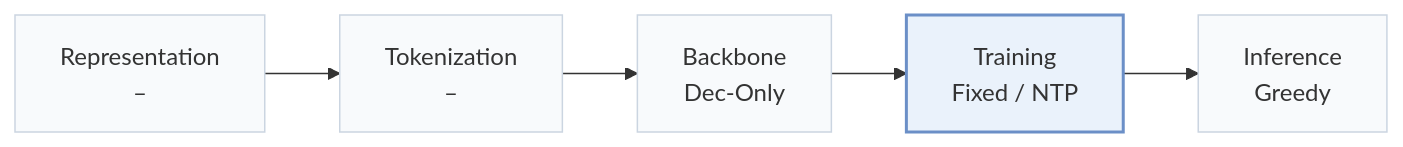
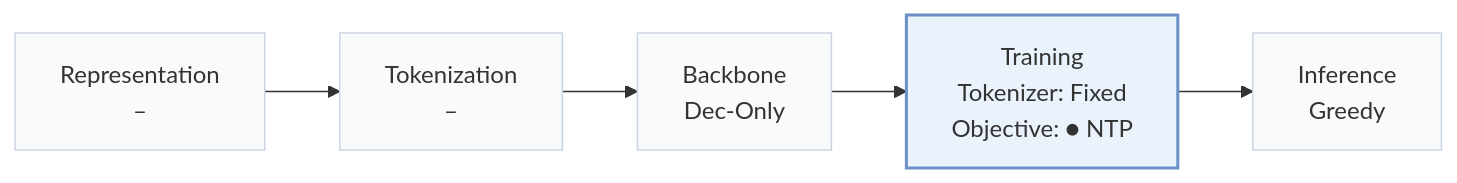
Before and after one commit to Galaxy-ghost/Awesome-SID-Generative-Rec: the first of 2 diagrams in pages/papers/slide.md, drawn with Mermaid. The commit also changed other lines of this file and 558 other files, not shown here.

````diff
--- a/pages/papers/slide.md
+++ b/pages/papers/slide.md
@@ -15,8 +18,8 @@
 ```mermaid
 flowchart LR
-    R["Representation<br/>–"] --> T["Tokenization<br/>–"] --> B["Backbone<br/>Dec-Only"] --> TR["Training<br/>Fixed / NTP"] --> I["Inference<br/>Greedy"]
+    R["Representation<br/>–"] --> T["Tokenization<br/>–"] --> B["Backbone<br/>Dec-Only"] --> TR["Training<br/>Tokenizer: Fixed<br/>Objective: ● NTP"] --> I["Inference<br/>Greedy"]
     classDef base fill:#f8fafc,stroke:#cbd5e1
     class R,T,B,TR,I base
     classDef main fill:#eaf2fb,stroke:#6b8fc7,stroke-width:2px
     class TR main
 ```
````
